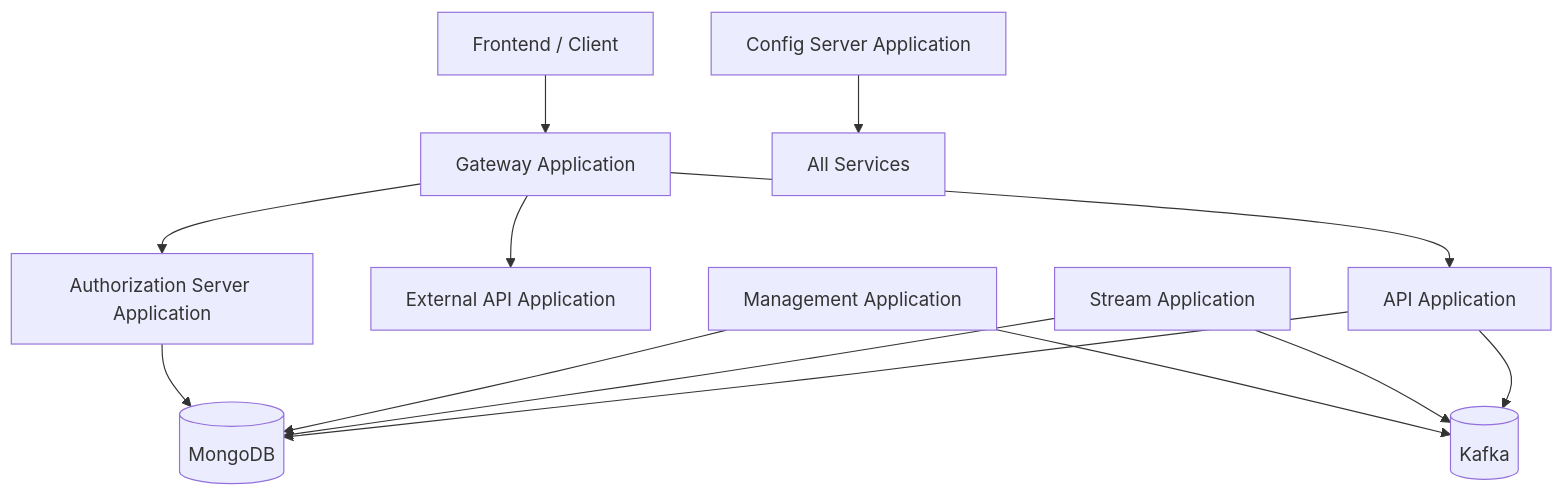
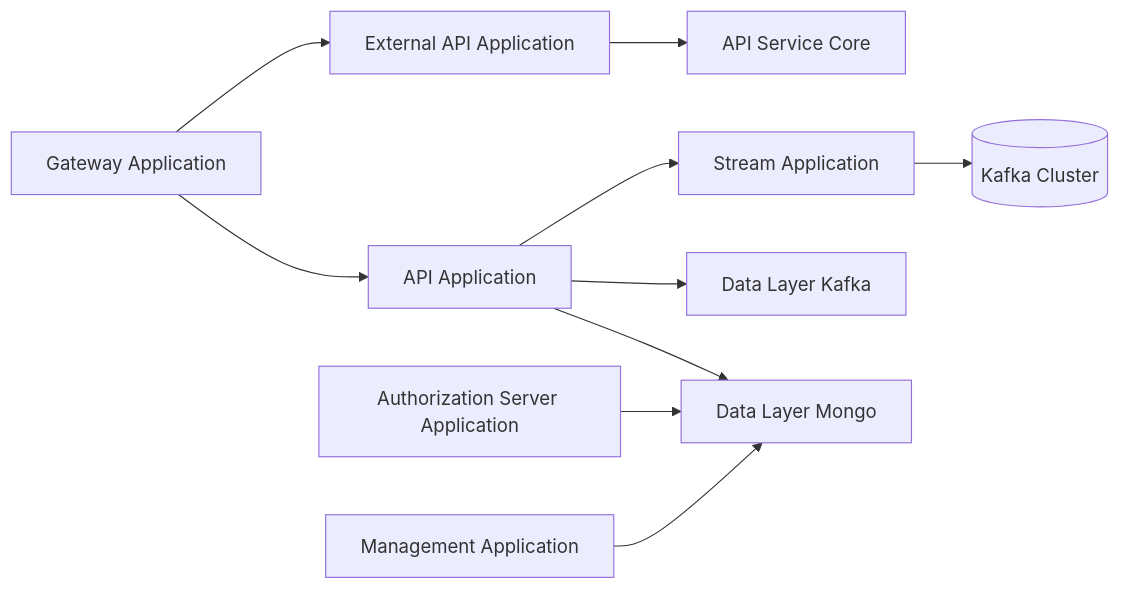
One commit to Praesto-Pro/openframe-oss-tenant changed the first of 4 diagrams in docs/architecture/service-applications/service-applications.md. Above: the diagram before and after it, drawn with Mermaid. The commit also changed other lines of this file and 149 other files, not shown here.

````diff
--- a/docs/architecture/service-applications/service-applications.md
+++ b/docs/architecture/service-applications/service-applications.md
@@ -37,21 +13,18 @@
 ```mermaid
-flowchart TD
-    ClientApp["Frontend / Client"] --> Gateway["Gateway Application"]
+flowchart LR
+    GatewayApp["Gateway Application"] --> ApiApp["API Application"]
+    GatewayApp --> ExternalApiApp["External API Application"]
 
-    Gateway --> ApiApp["API Application"]
-    Gateway --> ExternalApi["External API Application"]
-    Gateway --> AuthServer["Authorization Server Application"]
+    ApiApp --> DataMongo["Data Layer Mongo"]
+    ApiApp --> DataKafka["Data Layer Kafka"]
 
-    ApiApp --> MongoDB[("MongoDB")]
-    ApiApp --> Kafka[("Kafka")]
+    ExternalApiApp --> ApiCore["API Service Core"]
 
-    StreamApp["Stream Application"] --> Kafka
-    StreamApp --> MongoDB
+    ApiApp --> StreamApp["Stream Application"]
 
-    ManagementApp["Management Application"] --> MongoDB
-    ManagementApp --> Kafka
+    AuthApp["Authorization Server Application"] --> DataMongo
 
-    AuthServer --> MongoDB
+    ManagementApp["Management Application"] --> DataMongo
 
-    ConfigServer["Config Server Application"] --> AllServices["All Services"]
+    StreamApp --> KafkaBroker[("Kafka Cluster")]
 ```
````
